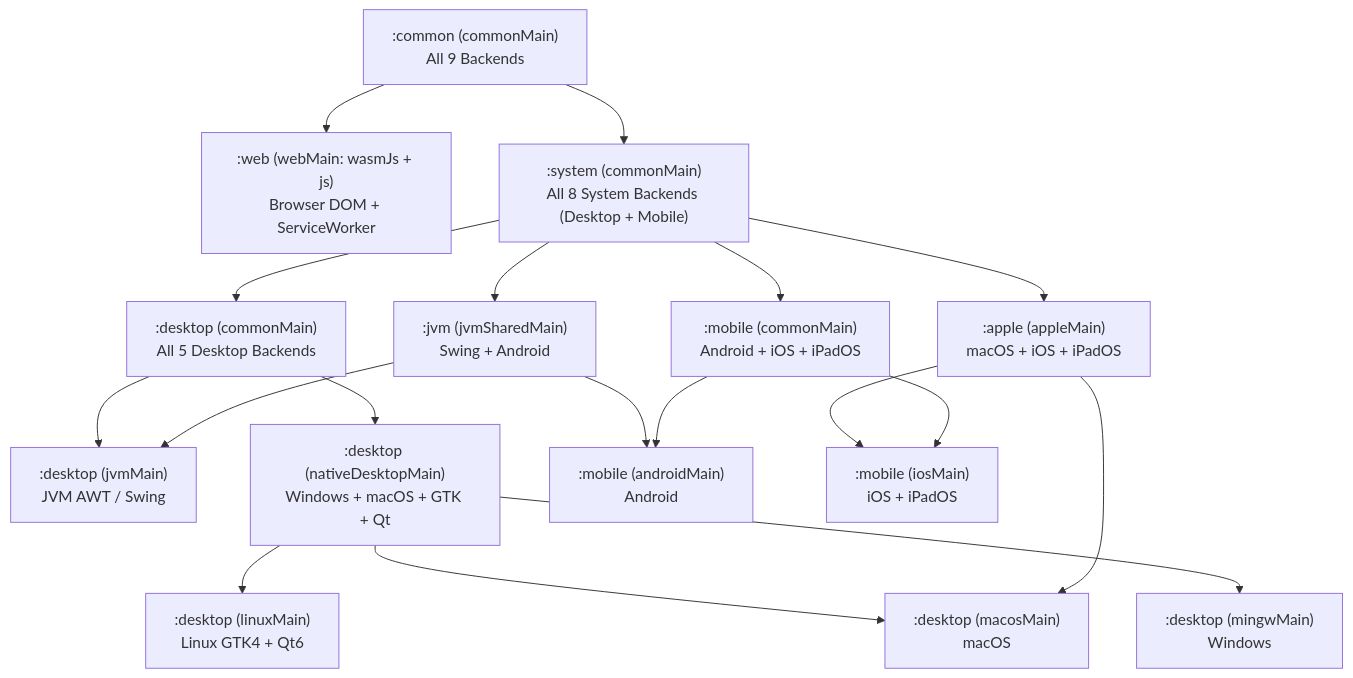
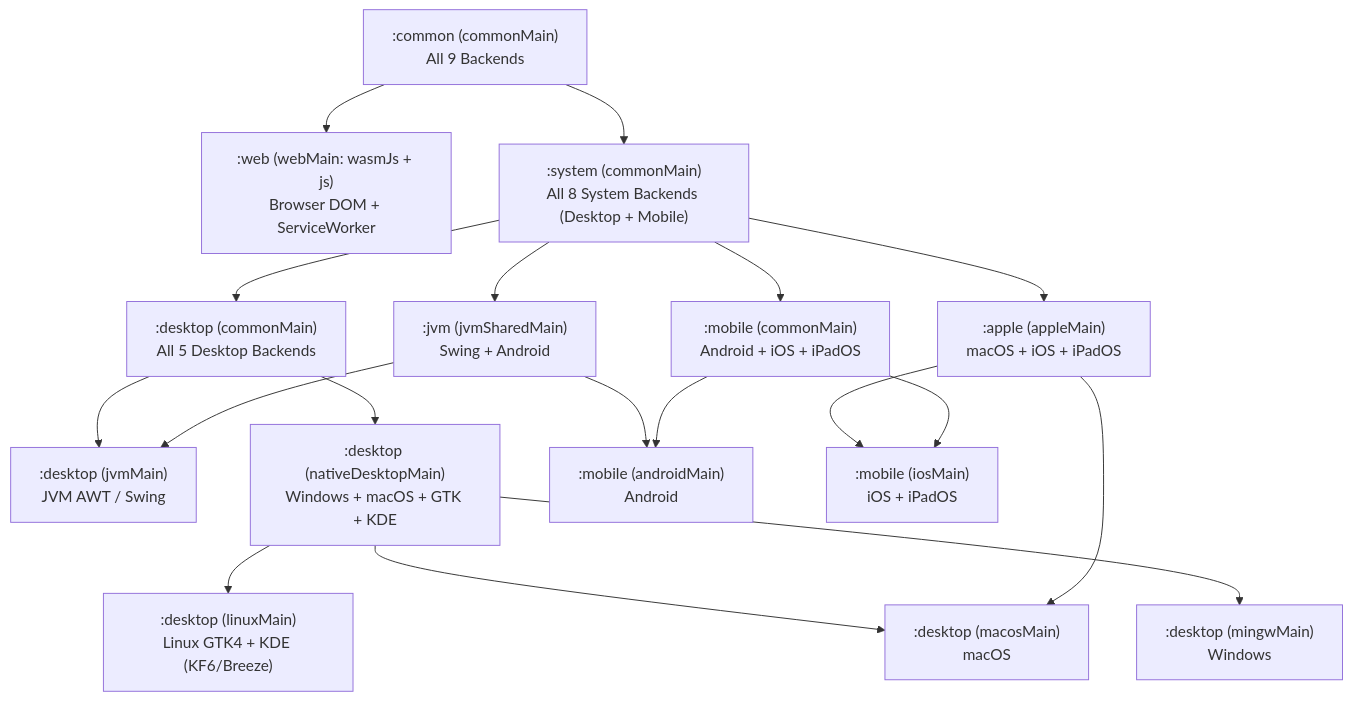
The diagram in system/README.md (GenericUI/GenericUI), drawn with Mermaid before and after one commit. The commit also changed other lines of this file and 326 other files, not shown here.

````diff
--- a/system/README.md
+++ b/system/README.md
@@ -15,35 +15,35 @@
 ```mermaid
 flowchart TD
     common[":common (commonMain)<br/>All 9 Backends"]
     web[":web (webMain: wasmJs + js)<br/>Browser DOM + ServiceWorker"]
     system[":system (commonMain)<br/>All 8 System Backends (Desktop + Mobile)"]
     jvm[":jvm (jvmSharedMain)<br/>Swing + Android"]
     apple[":apple (appleMain)<br/>macOS + iOS + iPadOS"]
     desktopCommon[":desktop (commonMain)<br/>All 5 Desktop Backends"]
     mobileCommon[":mobile (commonMain)<br/>Android + iOS + iPadOS"]
     swing[":desktop (jvmMain)<br/>JVM AWT / Swing"]
-    nativeDesktop[":desktop (nativeDesktopMain)<br/>Windows + macOS + GTK + Qt"]
+    nativeDesktop[":desktop (nativeDesktopMain)<br/>Windows + macOS + GTK + KDE"]
     windows[":desktop (mingwMain)<br/>Windows"]
     macos[":desktop (macosMain)<br/>macOS"]
-    linux[":desktop (linuxMain)<br/>Linux GTK4 + Qt6"]
+    linux[":desktop (linuxMain)<br/>Linux GTK4 + KDE (KF6/Breeze)"]
     android[":mobile (androidMain)<br/>Android"]
     ios[":mobile (iosMain)<br/>iOS + iPadOS"]
 
     common --> web
     common --> system
     system --> jvm
     system --> apple
     system --> desktopCommon
     system --> mobileCommon
     desktopCommon --> swing
     desktopCommon --> nativeDesktop
     nativeDesktop --> windows
     nativeDesktop --> macos
     nativeDesktop --> linux
     jvm --> swing
     jvm --> android
     apple --> macos
     apple --> ios
     mobileCommon --> android
     mobileCommon --> ios
 ```
````
